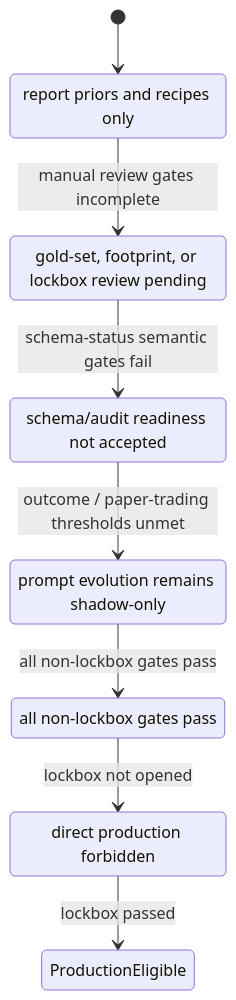
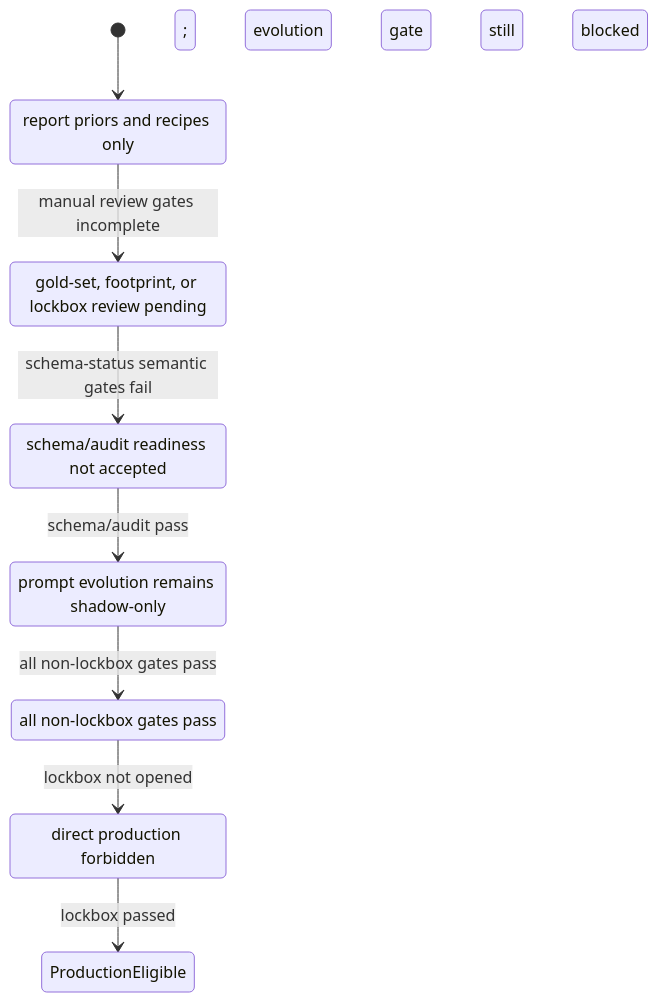
Before and after one commit to haphap/MOSAIC-Combat-Evolved: the fourth of 4 diagrams in docs/rke_report_intelligence_architecture.md, drawn with Mermaid. The commit also changed other lines of this file and 3 other files, not shown here.

````diff
--- a/docs/rke_report_intelligence_architecture.md
+++ b/docs/rke_report_intelligence_architecture.md
@@ -232,17 +232,17 @@
 ```mermaid
 stateDiagram-v2
   [*] --> ShadowOnly
   ShadowOnly --> ReviewBlocked: manual review gates incomplete
   ReviewBlocked --> SchemaBlocked: schema-status semantic gates fail
-  SchemaBlocked --> EvolutionBlocked: outcome / paper-trading thresholds unmet
+  SchemaBlocked --> EvolutionBlocked: schema/audit pass; evolution gate still blocked
   EvolutionBlocked --> StagedProduction: all non-lockbox gates pass
   StagedProduction --> ProductionBlocked: lockbox not opened
   ProductionBlocked --> ProductionEligible: lockbox passed
 
   ShadowOnly: report priors and recipes only
   ReviewBlocked: gold-set, footprint, or lockbox review pending
   SchemaBlocked: schema/audit readiness not accepted
   EvolutionBlocked: prompt evolution remains shadow-only
   StagedProduction: all non-lockbox gates pass
   ProductionBlocked: direct production forbidden
 ```
````
